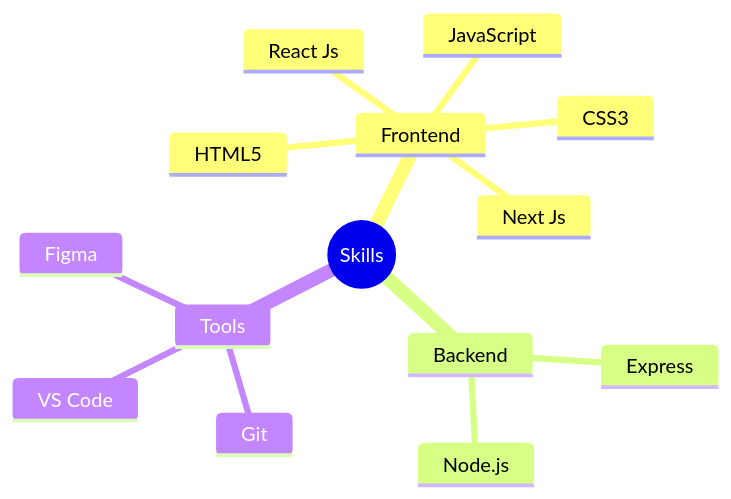
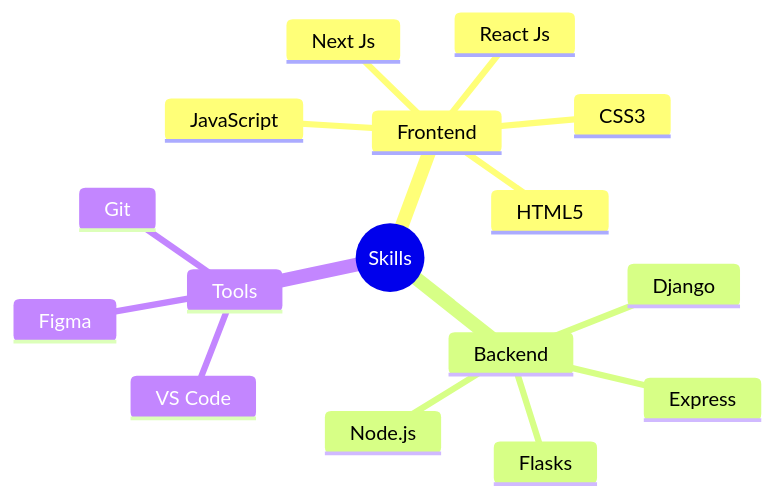
The diagram in README.md (Justparthi/justparthi), drawn with Mermaid before and after one commit.

````diff
--- a/README.md
+++ b/README.md
@@ -24,17 +24,19 @@
 ```mermaid
 mindmap
   root((Skills))
     Frontend
       HTML5
       CSS3
       JavaScript
       Next Js
       React Js
     Backend
       Node.js
       Express
+      Django
+      Flasks
     Tools
       Git
       VS Code
       Figma
 ```
````
